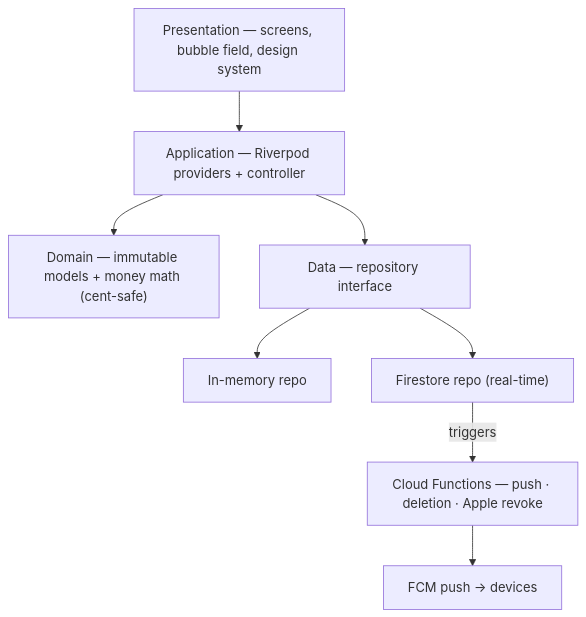
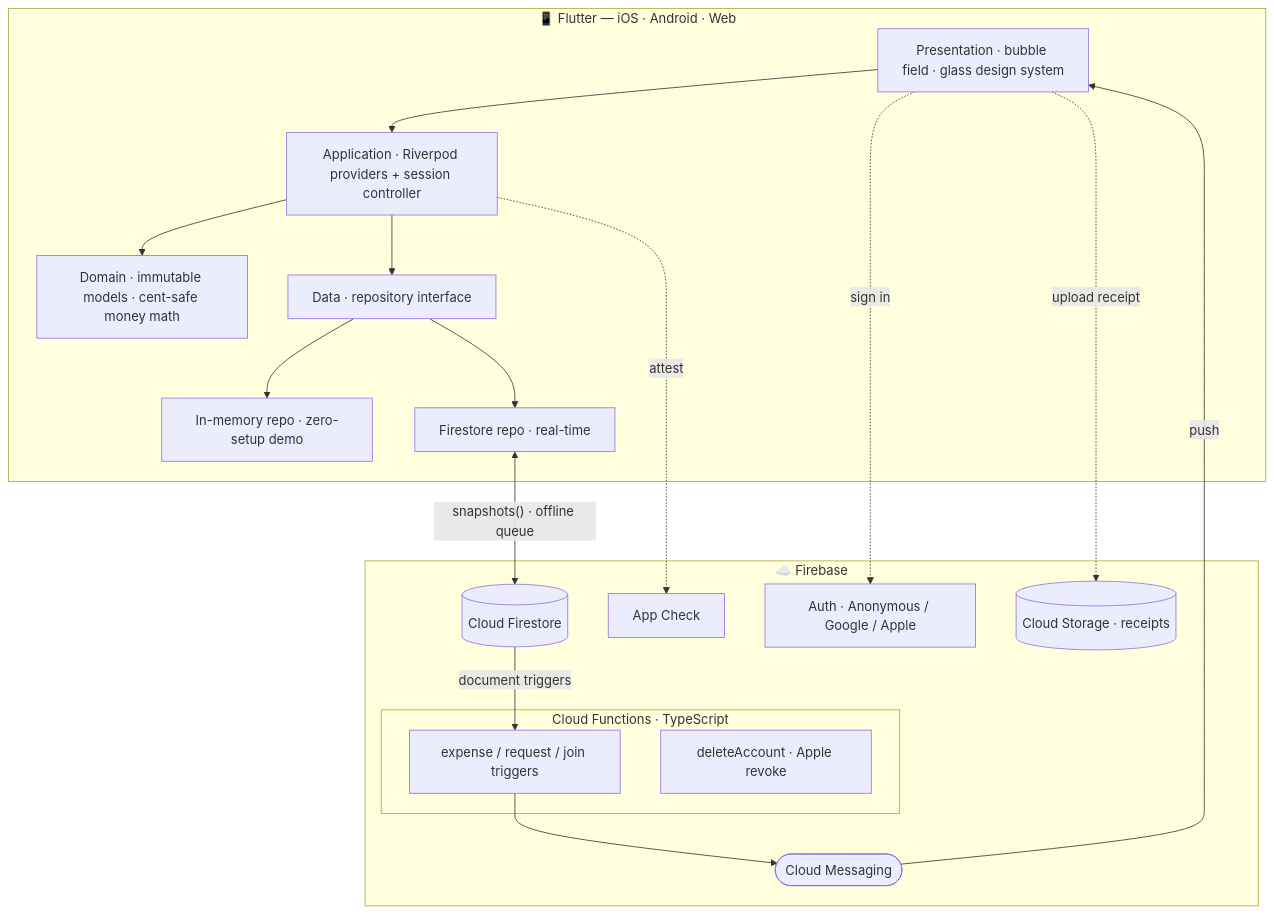
Before and after one commit to yeegz/Bupples-showcase: the diagram in README.md, drawn with Mermaid. The commit also changed other lines of this file and 5 other files, not shown here.

First line of the commit message:
docs: add app screenshots + richer architecture diagram

````diff
--- a/README.md
+++ b/README.md
@@ -91,16 +94,29 @@
 ```mermaid
-flowchart TD
-    UI["Presentation — screens, bubble field, design system"]
-    APP["Application — Riverpod providers + controller"]
-    DOM["Domain — immutable models + money math (cent-safe)"]
-    DATA["Data — repository interface"]
-    MEM["In-memory repo"]
-    FS["Firestore repo (real-time)"]
-    FN["Cloud Functions — push · deletion · Apple revoke"]
-    FCM["FCM push → devices"]
-    UI --> APP --> DOM
-    APP --> DATA
-    DATA --> MEM
-    DATA --> FS
-    FS -- "triggers" --> FN --> FCM
+flowchart TB
+    subgraph Client["📱 Flutter — iOS · Android · Web"]
+        UI["Presentation · bubble field · glass design system"]
+        APP["Application · Riverpod providers + session controller"]
+        DOM["Domain · immutable models · cent-safe money math"]
+        DATA["Data · repository interface"]
+        UI --> APP --> DOM
+        APP --> DATA
+        DATA --> MEM["In-memory repo · zero-setup demo"]
+        DATA --> FSR["Firestore repo · real-time"]
+    end
+    subgraph FB["☁️ Firebase"]
+        FS[("Cloud Firestore")]
+        AUTH["Auth · Anonymous / Google / Apple"]
+        STG[("Cloud Storage · receipts")]
+        AC["App Check"]
+        FCM(["Cloud Messaging"])
+        subgraph FN["Cloud Functions · TypeScript"]
+            NOTIFY["expense / request / join triggers"]
+            ADMIN["deleteAccount · Apple revoke"]
+        end
+    end
+    FSR <-->|"snapshots() · offline queue"| FS
+    UI -.->|"sign in"| AUTH
+    UI -.->|"upload receipt"| STG
+    APP -.->|"attest"| AC
+    FS -->|"document triggers"| NOTIFY --> FCM -->|"push"| UI
 ```
````
